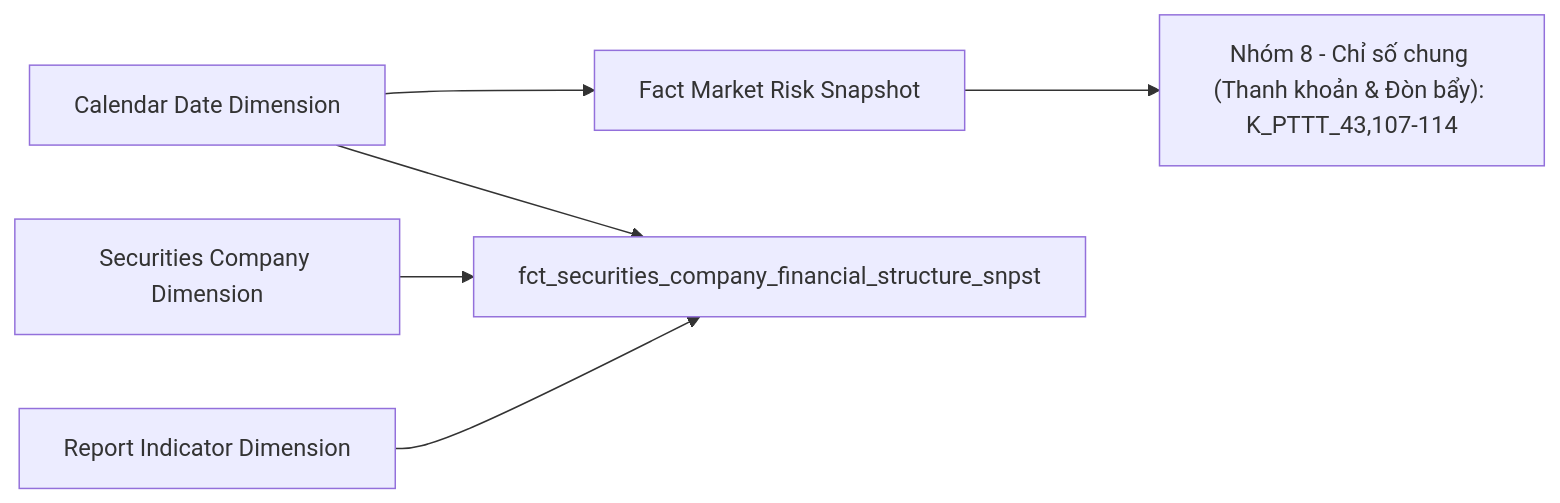
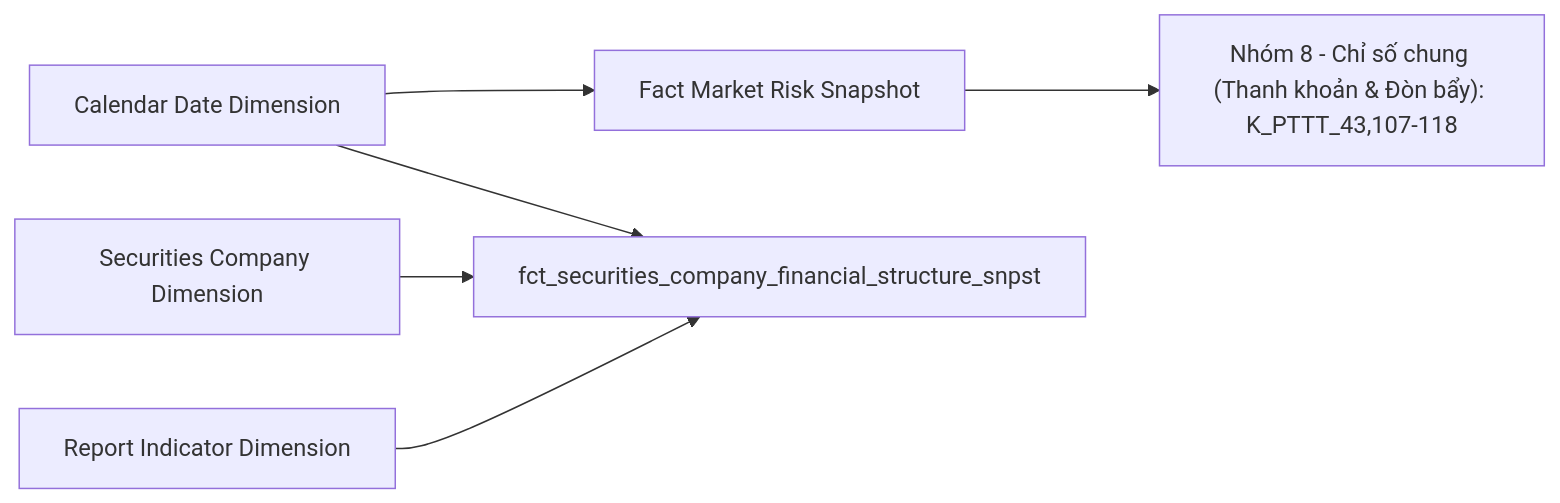
Diagram 26 of 60 in Datamart/hld/DTM_PTTT_HLD.md (linhlvit/ubck_atomic_design), drawn with Mermaid before and after one commit. The commit also changed other lines of this file and 24 other files, not shown here.

Commit message:
nâng cấp skill: update phân hệ : PTTT (Thêm entity fct_cap_grp_snpst Nhóm 34, giải quyết một phần O_PTTT_12 và chuẩn hóa ngưỡng ngữ cảnh 700k token)

````diff
--- a/Datamart/hld/DTM_PTTT_HLD.md
+++ b/Datamart/hld/DTM_PTTT_HLD.md
@@ -1484,11 +1513,11 @@
 ```mermaid
 flowchart LR
     fct_market_risk_snpst["Fact Market Risk Snapshot"]
     cdr_dt_dim["Calendar Date Dimension"]
-    rpt_nhom8["Nhóm 8 - Chỉ số chung (Thanh khoản & Đòn bẩy): K_PTTT_43,107-114"]
+    rpt_nhom8["Nhóm 8 - Chỉ số chung (Thanh khoản & Đòn bẩy): K_PTTT_43,107-118"]
     cdr_dt_dim --> fct_market_risk_snpst
     fct_market_risk_snpst --> rpt_nhom8
     cdr_dt_dim["Calendar Date Dimension"] --> fct_securities_company_financial_structure_snpst
     securities_company_dim["Securities Company Dimension"] --> fct_securities_company_financial_structure_snpst
     report_indicator_dim["Report Indicator Dimension"] --> fct_securities_company_financial_structure_snpst
 ```
````
